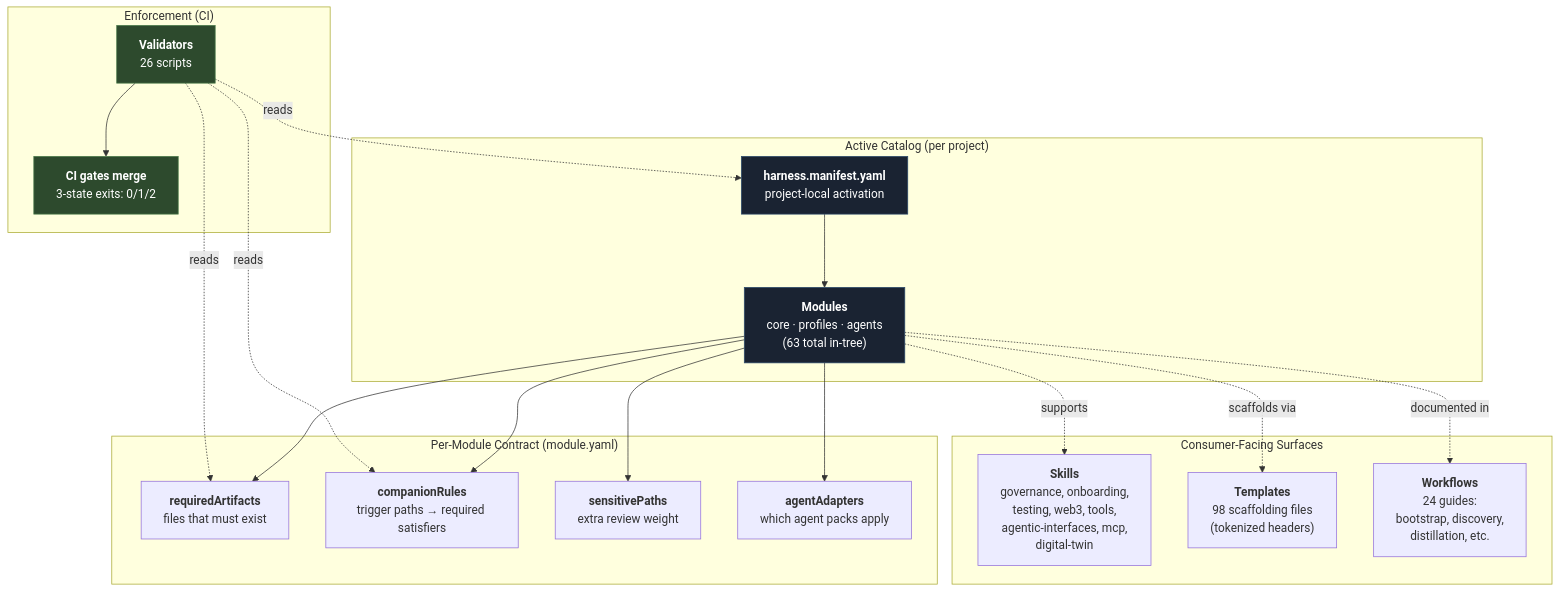
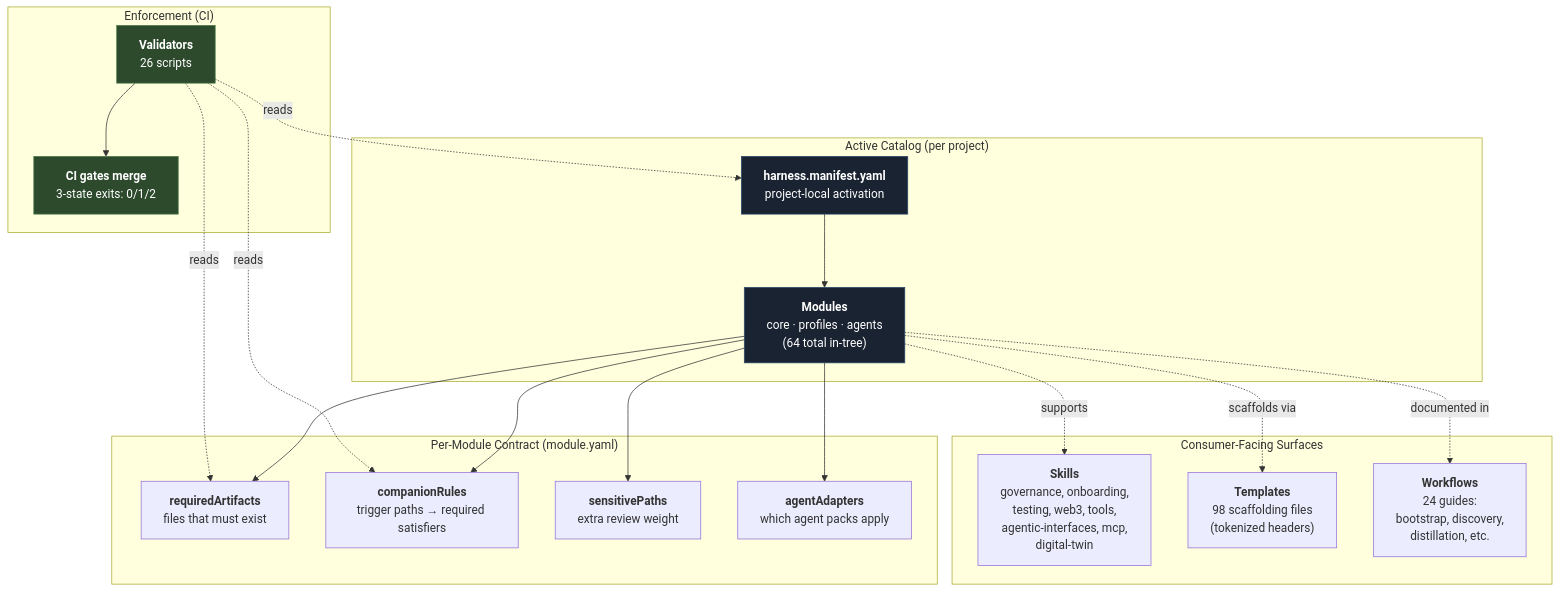
One commit to unclenate/auto-harness changed the first of 20 diagrams in docs/architecture/diagrams.md. Above: the diagram before and after it, drawn with Mermaid. The commit also changed other lines of this file and 24 other files, not shown here.

````diff
--- a/docs/architecture/diagrams.md
+++ b/docs/architecture/diagrams.md
@@ -54,38 +55,38 @@
 ```mermaid
 flowchart TD
     Manifest["<b>harness.manifest.yaml</b><br/>project-local activation"]
 
     subgraph CATALOG["Active Catalog (per project)"]
-        Manifest --> Modules["<b>Modules</b><br/>core · profiles · agents<br/>(63 total in-tree)"]
+        Manifest --> Modules["<b>Modules</b><br/>core · profiles · agents<br/>(64 total in-tree)"]
     end
 
     subgraph CONTRACT["Per-Module Contract (module.yaml)"]
         Modules --> Required["<b>requiredArtifacts</b><br/>files that must exist"]
         Modules --> Companions["<b>companionRules</b><br/>trigger paths → required satisfiers"]
         Modules --> Sensitive["<b>sensitivePaths</b><br/>extra review weight"]
         Modules --> Adapters["<b>agentAdapters</b><br/>which agent packs apply"]
     end
 
     subgraph ENFORCE["Enforcement (CI)"]
         Validators["<b>Validators</b><br/>26 scripts"]
         Validators -.reads.-> Manifest
         Validators -.reads.-> Required
         Validators -.reads.-> Companions
         Validators --> CIGate["<b>CI gates merge</b><br/>3-state exits: 0/1/2"]
     end
 
     subgraph SURFACE["Consumer-Facing Surfaces"]
         Skills["<b>Skills</b><br/>governance, onboarding,<br/>testing, web3, tools,<br/>agentic-interfaces, mcp,<br/>digital-twin"]
         Templates["<b>Templates</b><br/>98 scaffolding files<br/>(tokenized headers)"]
         Workflows["<b>Workflows</b><br/>24 guides:<br/>bootstrap, discovery,<br/>distillation, etc."]
     end
 
     Modules -.supports.-> Skills
     Modules -.scaffolds via.-> Templates
     Modules -.documented in.-> Workflows
 
     style Manifest fill:#1a2332,stroke:#2c4a6b,color:#fff
     style Modules fill:#1a2332,stroke:#2c4a6b,color:#fff
     style Validators fill:#2d4a2d,stroke:#4a7a4a,color:#fff
     style CIGate fill:#2d4a2d,stroke:#4a7a4a,color:#fff
 ```
````
